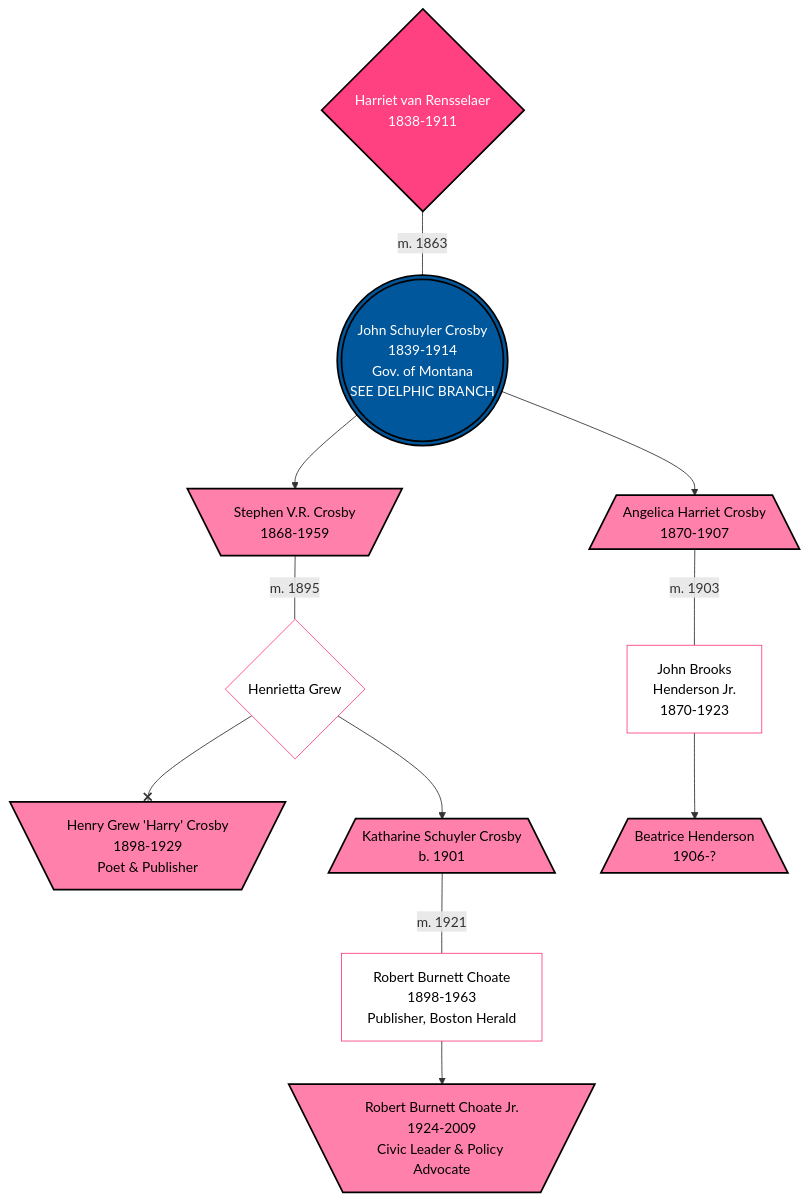
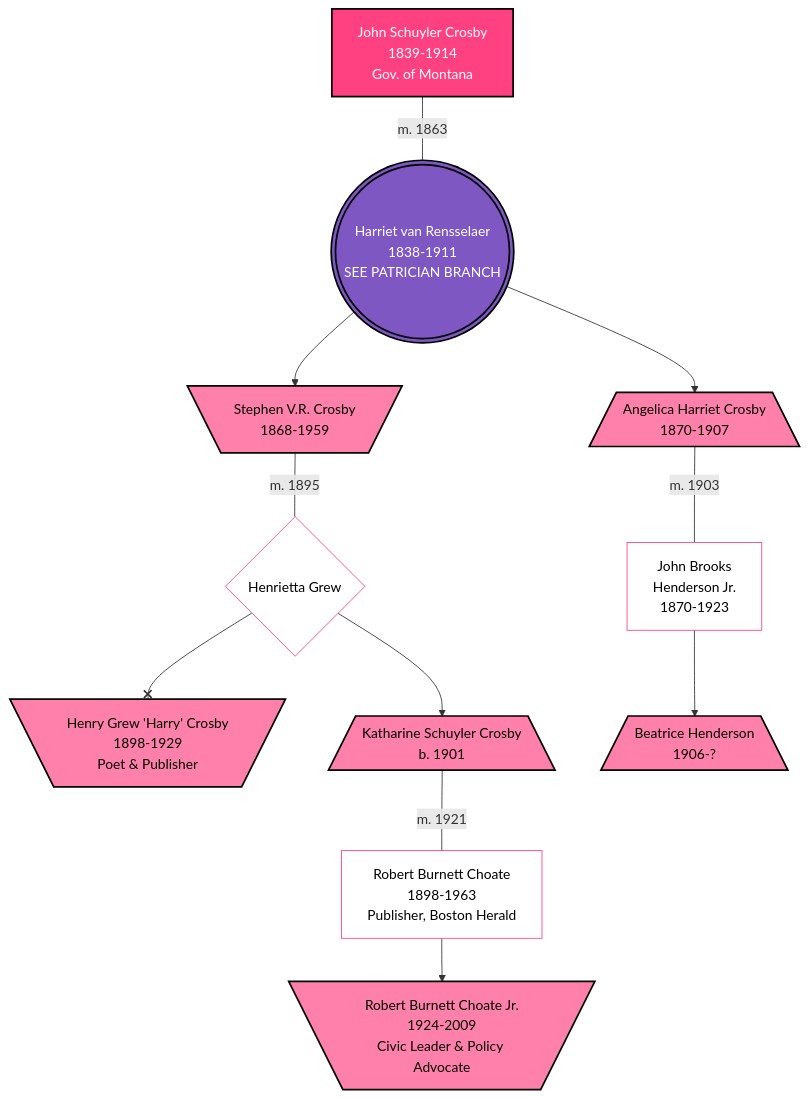
Before and after one commit to chinchalinchin/elara: diagram 16 of 16 in source/07_fabula/01_magnum-opus/appendices/000.rst, drawn with Mermaid. The commit also changed other lines of this file and 16 other files, not shown here.

```diff
--- a/source/07_fabula/01_magnum-opus/appendices/000.rst
+++ b/source/07_fabula/01_magnum-opus/appendices/000.rst
@@ -1685,56 +1659,56 @@
 .. mermaid::
     :zoom:
 
     graph TD
         %% =========================================
         %% PALETTES & STYLES 
         %% =========================================
         %% ===================== TIRESIAN BRANCH (Vibrant Pink Gradient)
         %% Start: Pink A200 (#FF4081) -> End: Pink A100 (#FF80AB)
         classDef tir1 fill:#FF4081,stroke:#000,stroke-width:2px,color:#fff
         classDef tir2 fill:#FF80AB,stroke:#000,stroke-width:2px,color:#000
         classDef tir3 fill:#FF80AB,stroke:#000,stroke-width:2px,color:#000
         classDef tir4 fill:#FF80AB,stroke:#000,stroke-width:2px,color:#000
-        classDef tir5 fill:#FF80AB,stroke:#000,stroke-width:2px,color:#000
         %% ===================== EXTERNAL
         classDef external fill:#FFFFFF,stroke:#FF4081,stroke-width:1px,color:#000
-        classDef delphicEnter fill:#01579B,stroke:#000,stroke-width:2px,color:#fff
+        classDef patricianEnter fill:#7E57C2,stroke:#000,stroke-width:2px,color:#fff
 
         %% =========================================
-        %% ROOT (Gen 7)
+        %% ROOT (Gen 8)
         %% =========================================
-        ROOT_H{Harriet van Rensselaer<br>1838-1911}:::tir1
-        FAM_CRO(((John Schuyler Crosby<br>1839-1914<br>Gov. of Montana<br>SEE DELPHIC BRANCH))):::delphicEnter
-        ROOT_H ---|m. 1863| FAM_CRO
+        ROOT_J[John Schuyler Crosby<br>1839-1914<br>Gov. of Montana]:::tir1
+        
+        FAM_H(((Harriet van Rensselaer<br>1838-1911<br>SEE PATRICIAN BRANCH))):::patricianEnter
+        ROOT_J ---|m. 1863| FAM_H
 
         %% =========================================
-        %% GEN 8 (The Crosby Siblings)
+        %% GEN 9 (The Crosby Siblings)
         %% =========================================
         
-        FAM_CRO --> S8_CRO1[\Stephen V.R. Crosby<br>1868-1959/]:::tir2
-        W8_CRO1{Henrietta Grew}:::external
-        S8_CRO1 ---|m. 1895| W8_CRO1
+        FAM_H --> S9_CRO1[\Stephen V.R. Crosby<br>1868-1959/]:::tir2
+        W9_CRO1{Henrietta Grew}:::external
+        S9_CRO1 ---|m. 1895| W9_CRO1
 
-        FAM_CRO --> S8_CRO2[/Angelica Harriet Crosby<br>1870-1907\]:::tir2
+        FAM_H --> S9_CRO2[/Angelica Harriet Crosby<br>1870-1907\]:::tir2
         FAM_HEN[John Brooks<br>Henderson Jr.<br>1870-1923]:::external
-        S8_CRO2 ---|m. 1903| FAM_HEN
-
-        %% =========================================
-        %% GEN 9
-        %% =========================================
-        
-        W8_CRO1 --x S9_CRO1_1[\Henry Grew 'Harry' Crosby<br>1898-1929<br>Poet & Publisher/]:::tir3
-        
-        W8_CRO1 --> S9_CRO1_2[/Katharine Schuyler Crosby<br>b. 1901\]:::tir3
-        FAM_CHO[Robert Burnett Choate<br>1898-1963<br>Publisher, Boston Herald]:::external
-        S9_CRO1_2 ---|m. 1921| FAM_CHO
-
-        FAM_HEN --> S9_HEN1[/Beatrice Henderson<br>1906-?\]:::tir3
+        S9_CRO2 ---|m. 1903| FAM_HEN
 
         %% =========================================
         %% GEN 10
         %% =========================================
         
-        FAM_CHO --> S10_CHO1[\Robert Burnett Choate Jr.<br>1924-2009<br>Civic Leader & Policy Advocate/]:::tir4
+        W9_CRO1 --x S10_CRO1_1[\Henry Grew 'Harry' Crosby<br>1898-1929<br>Poet & Publisher/]:::tir3
+        
+        W9_CRO1 --> S10_CRO1_2[/Katharine Schuyler Crosby<br>b. 1901\]:::tir3
+        FAM_CHO[Robert Burnett Choate<br>1898-1963<br>Publisher, Boston Herald]:::external
+        S10_CRO1_2 ---|m. 1921| FAM_CHO
+
+        FAM_HEN --> S10_HEN1[/Beatrice Henderson<br>1906-?\]:::tir3
+
+        %% =========================================
+        %% GEN 11
+        %% =========================================
+        
+        FAM_CHO --> S11_CHO1[\Robert Burnett Choate Jr.<br>1924-2009<br>Civic Leader & Policy Advocate/]:::tir4
 
         linkStyle default interpolate basis
```
